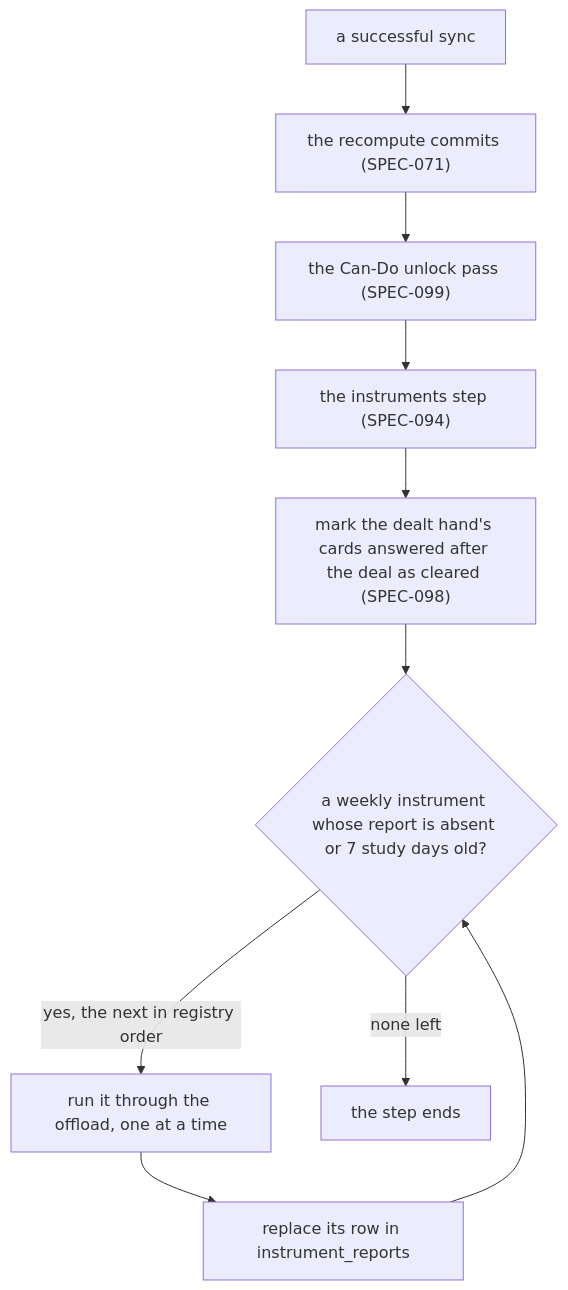
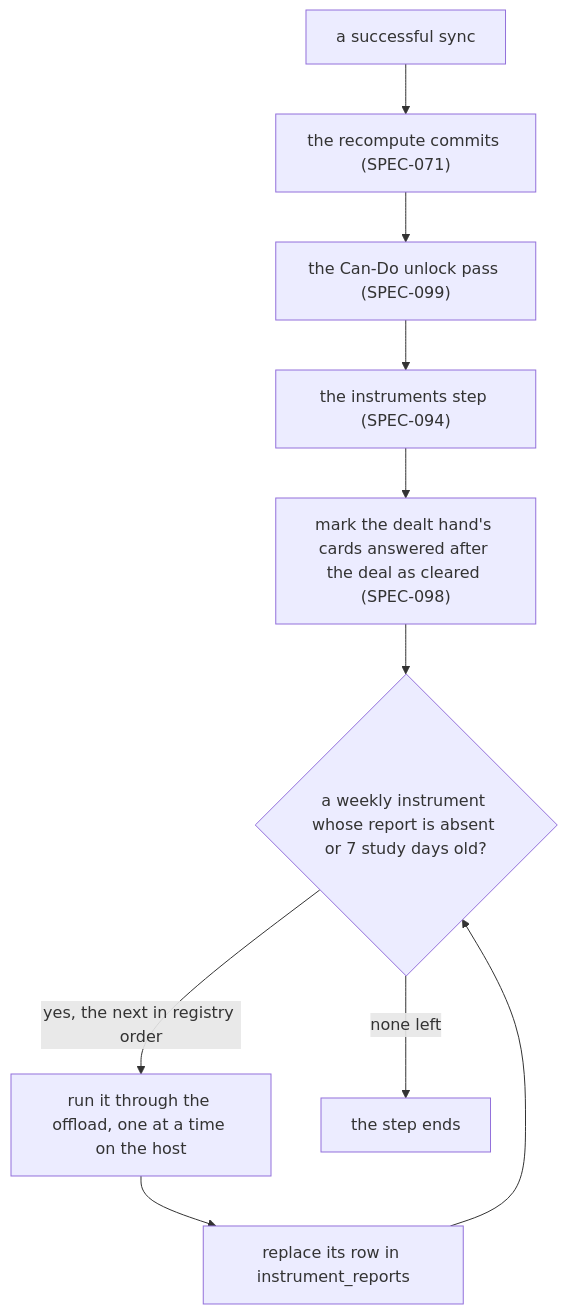
The first of 3 diagrams in docs/schematics/insights-instrument-frame.md (RexRenatus/deck-streak), drawn with Mermaid before and after one commit. The commit also changed other lines of this file and 8 other files, not shown here.

````diff
--- a/docs/schematics/insights-instrument-frame.md
+++ b/docs/schematics/insights-instrument-frame.md
@@ -13,12 +13,12 @@
 ```mermaid
 flowchart TD
   sync["a successful sync"] --> recompute["the recompute commits (SPEC-071)"]
   recompute --> cando["the Can-Do unlock pass (SPEC-099)"]
   cando --> step["the instruments step (SPEC-094)"]
   step --> cleared["mark the dealt hand's cards answered after the deal as cleared (SPEC-098)"]
   cleared --> due{"a weekly instrument whose report is absent or 7 study days old?"}
-  due -- "yes, the next in registry order" --> run["run it through the offload, one at a time"]
+  due -- "yes, the next in registry order" --> run["run it through the offload, one at a time on the host"]
   run --> store["replace its row in instrument_reports"]
   store --> due
   due -- "none left" --> done["the step ends"]
 ```
````
